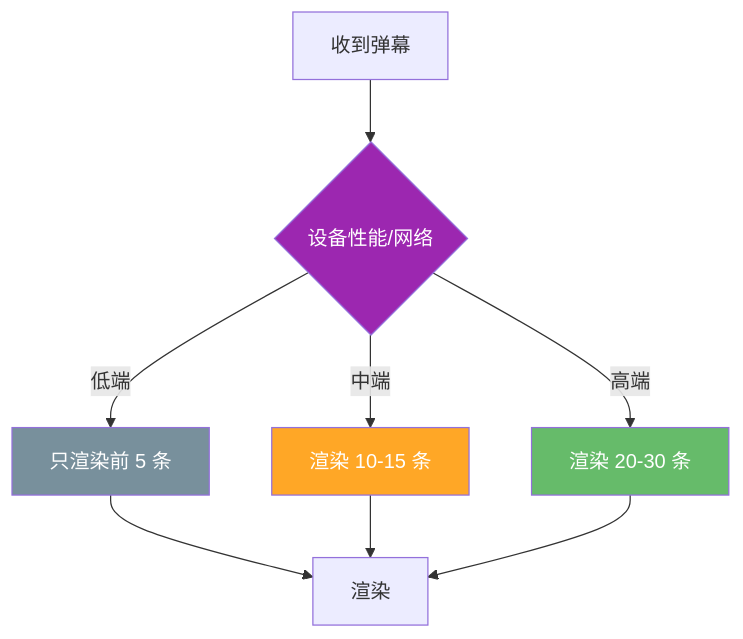
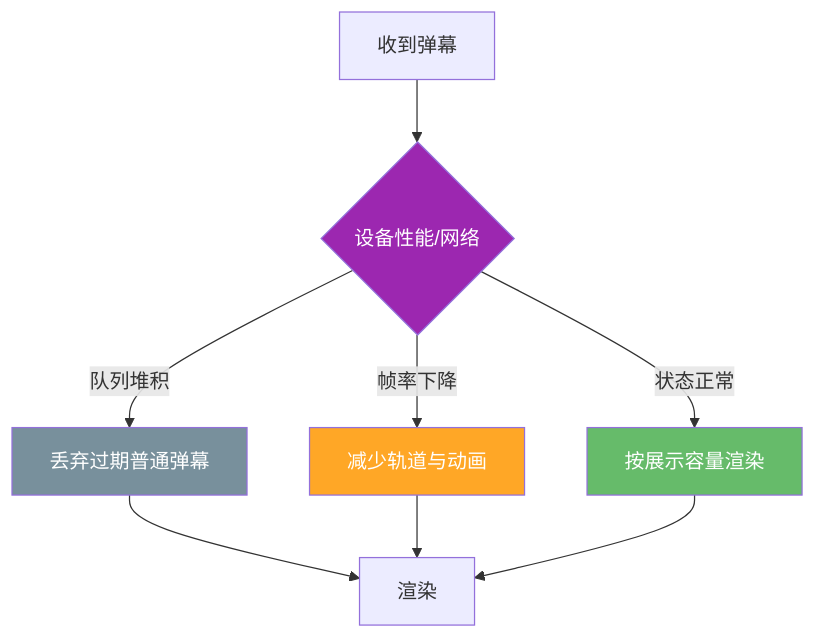
The fifth of 5 diagrams in _posts/2026-06-30-十万级直播间弹幕系统设计.md (weng235/weng235.github.io), drawn with Mermaid before and after one commit. The commit also changed other lines of this file and 4 other files, not shown here.

````diff
--- a/_posts/2026-06-30-十万级直播间弹幕系统设计.md
+++ b/_posts/2026-06-30-十万级直播间弹幕系统设计.md
@@ -212,16 +213,16 @@
 ```mermaid
 graph TB
     Recv[收到弹幕] --> Check{设备性能/网络}
-    Check -->|低端| Drop1[只渲染前 5 条]
-    Check -->|中端| Drop2[渲染 10-15 条]
-    Check -->|高端| Drop3[渲染 20-30 条]
+    Check -->|队列堆积| Drop1[丢弃过期普通弹幕]
+    Check -->|帧率下降| Drop2[减少轨道与动画]
+    Check -->|状态正常| Drop3[按展示容量渲染]
 
     Drop1 --> Render[渲染]
     Drop2 --> Render
     Drop3 --> Render
 
     style Check fill:#9C27B0,color:#fff
     style Drop1 fill:#78909C,color:#fff
     style Drop2 fill:#FFA726,color:#fff
     style Drop3 fill:#66BB6A,color:#fff
 ```
````
